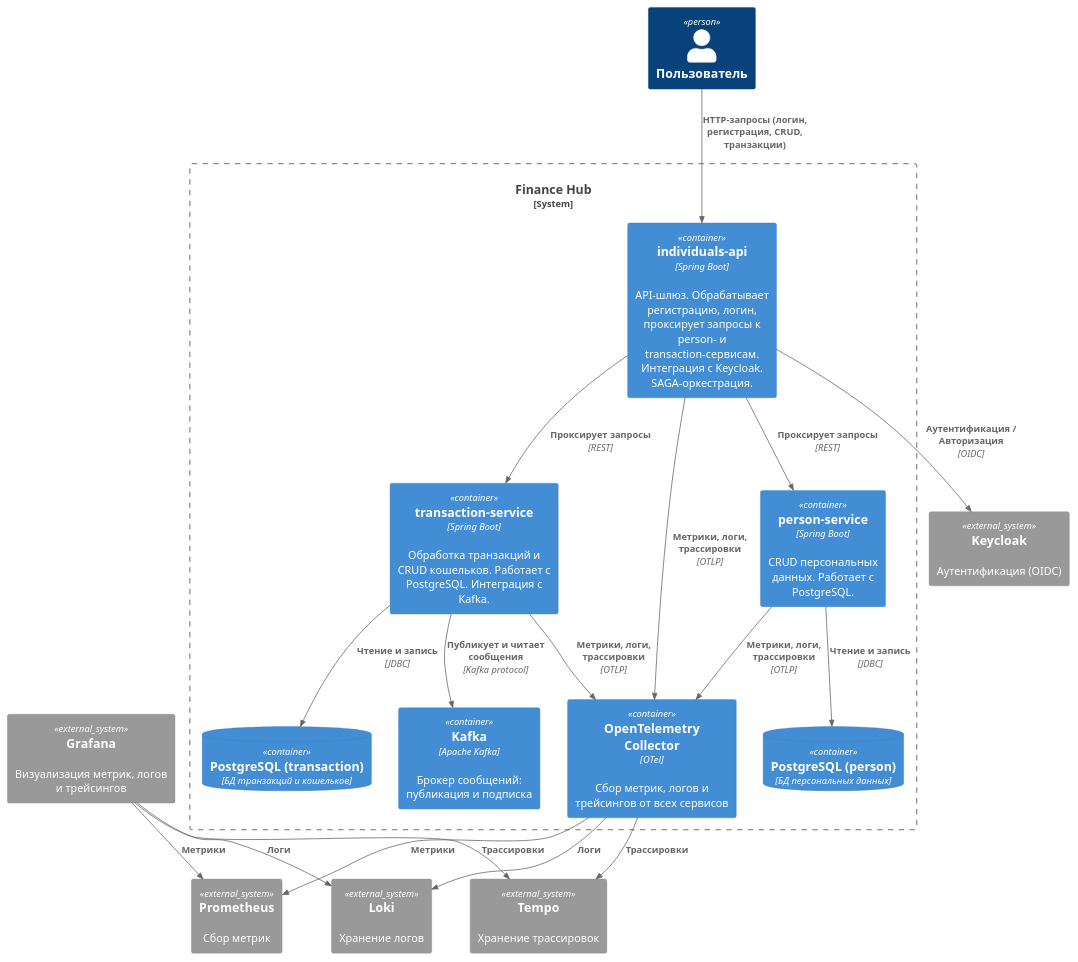
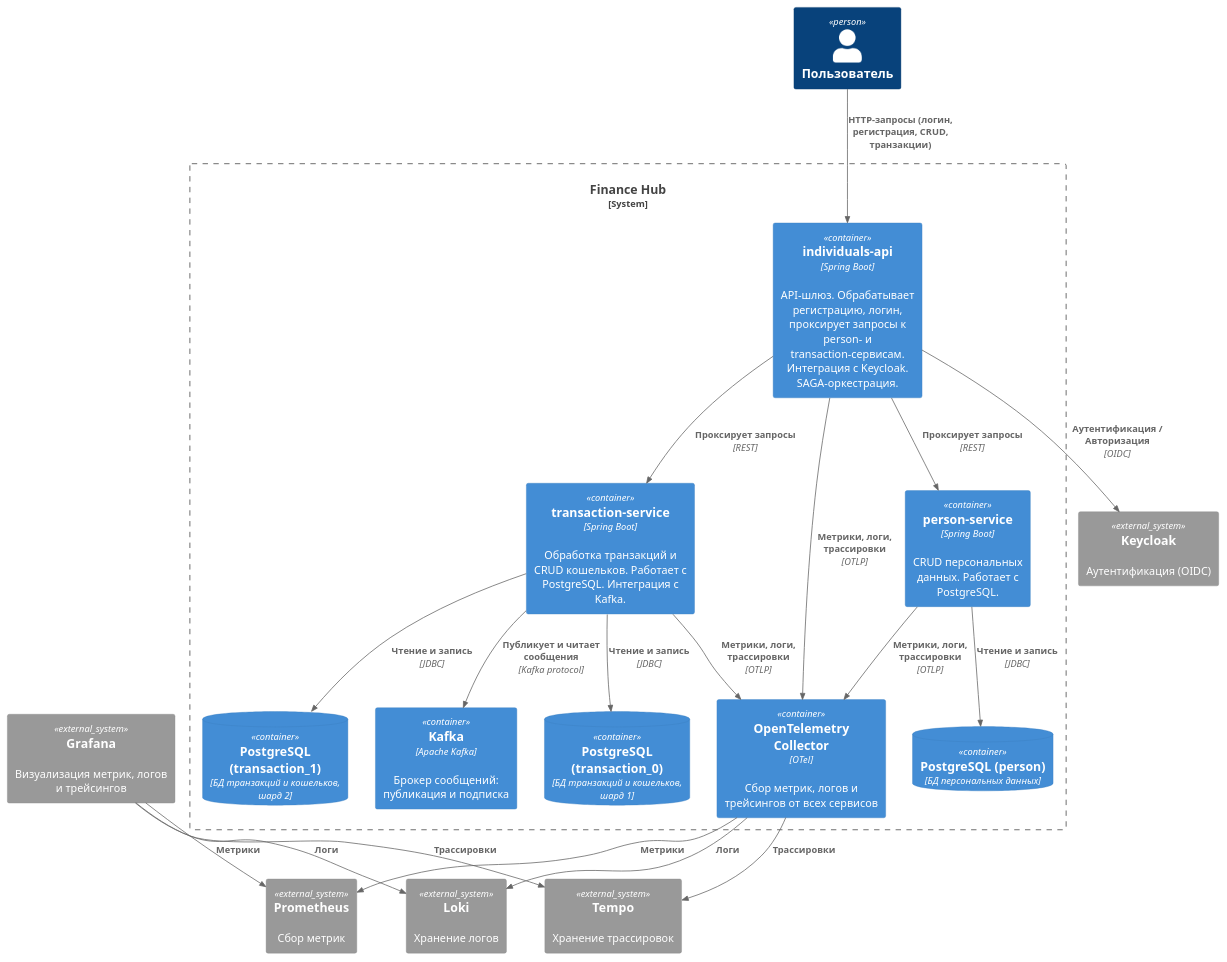
Before and after one commit to maximsmv/finance-hub: the diagram in diagram/C4-conteiner.puml, drawn with PlantUML. The commit also changed 19 other files, not shown here.

Commit message:
Довел тесты до ума, поправил конфиги, поправил диаграмму

```diff
--- a/diagram/C4-conteiner.puml
+++ b/diagram/C4-conteiner.puml
@@ -1,51 +1,53 @@
 @startuml
 !includeurl https://raw.githubusercontent.com/plantuml-stdlib/C4-PlantUML/master/C4_Container.puml
 LAYOUT_TOP_DOWN()
 
 Person(user, "Пользователь")
 
 System_Boundary(financehub, "Finance Hub") {
 
   Container(individuals_api, "individuals-api", "Spring Boot", "API-шлюз. Обрабатывает регистрацию, логин, проксирует запросы к person- и transaction-сервисам. Интеграция с Keycloak. SAGA-оркестрация.")
 
   Container(person_service, "person-service", "Spring Boot", "CRUD персональных данных. Работает с PostgreSQL.")
 
   Container(transaction_service, "transaction-service", "Spring Boot", "Обработка транзакций и CRUD кошельков. Работает с PostgreSQL. Интеграция с Kafka.")
 
   ContainerDb(person_db, "PostgreSQL (person)", "БД персональных данных")
-  ContainerDb(transaction_db, "PostgreSQL (transaction)", "БД транзакций и кошельков")
+  ContainerDb(transaction_db_0, "PostgreSQL (transaction_0)", "БД транзакций и кошельков, шард 1")
+  ContainerDb(transaction_db_1, "PostgreSQL (transaction_1)", "БД транзакций и кошельков, шард 2")
 
   Container(otel_collector, "OpenTelemetry Collector", "OTel", "Сбор метрик, логов и трейсингов от всех сервисов")
 
   Container(kafka, "Kafka", "Apache Kafka", "Брокер сообщений: публикация и подписка")
 }
 
 System_Ext(keycloak, "Keycloak", "Аутентификация (OIDC)")
 System_Ext(prometheus, "Prometheus", "Сбор метрик")
 System_Ext(grafana, "Grafana", "Визуализация метрик, логов и трейсингов")
 System_Ext(tempo, "Tempo", "Хранение трассировок")
 System_Ext(loki, "Loki", "Хранение логов")
 
 ' Взаимодействие
 Rel(user, individuals_api, "HTTP-запросы (логин, регистрация, CRUD, транзакции)")
 Rel(individuals_api, keycloak, "Аутентификация / Авторизация", "OIDC")
 Rel(individuals_api, person_service, "Проксирует запросы", "REST")
 Rel(individuals_api, transaction_service, "Проксирует запросы", "REST")
 
 Rel(person_service, person_db, "Чтение и запись", "JDBC")
-Rel(transaction_service, transaction_db, "Чтение и запись", "JDBC")
+Rel(transaction_service, transaction_db_0, "Чтение и запись", "JDBC")
+Rel(transaction_service, transaction_db_1, "Чтение и запись", "JDBC")
 
 Rel(individuals_api, otel_collector, "Метрики, логи, трассировки", "OTLP")
 Rel(person_service, otel_collector, "Метрики, логи, трассировки", "OTLP")
 Rel(transaction_service, otel_collector, "Метрики, логи, трассировки", "OTLP")
 
 Rel(transaction_service, kafka, "Публикует и читает сообщения", "Kafka protocol")
 
 Rel(otel_collector, prometheus, "Метрики")
 Rel(otel_collector, tempo, "Трассировки")
 Rel(otel_collector, loki, "Логи")
 
 Rel(grafana, prometheus, "Метрики")
 Rel(grafana, tempo, "Трассировки")
 Rel(grafana, loki, "Логи")
 @enduml
```
